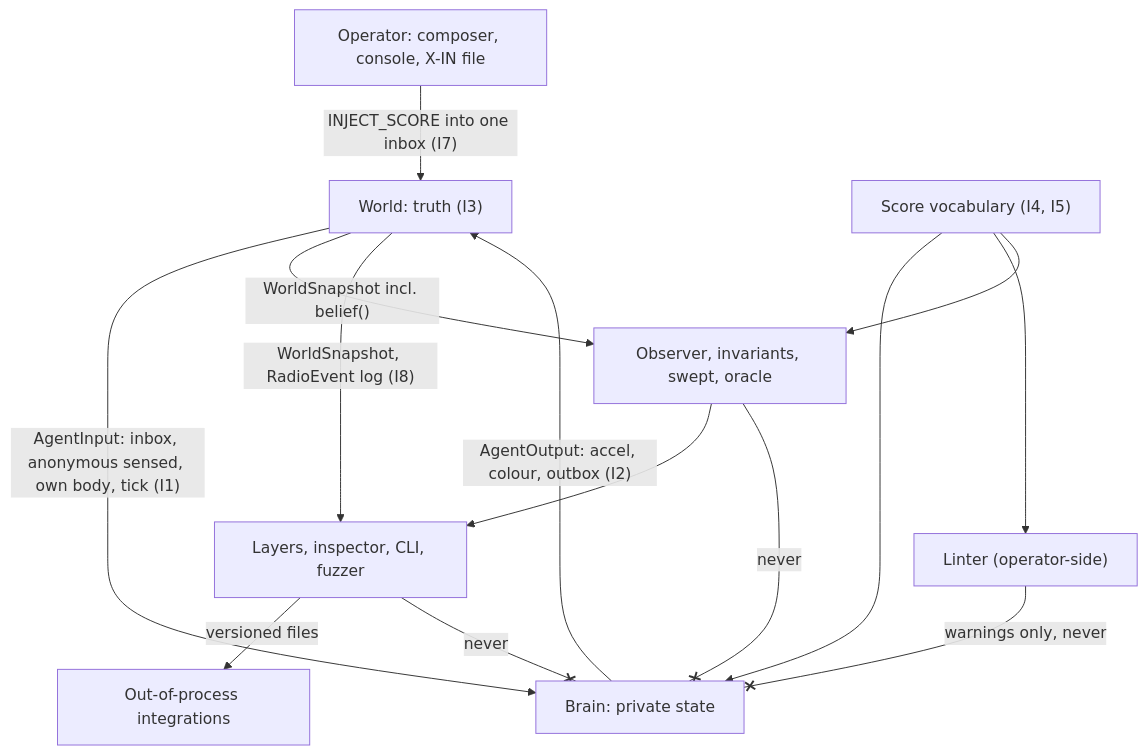
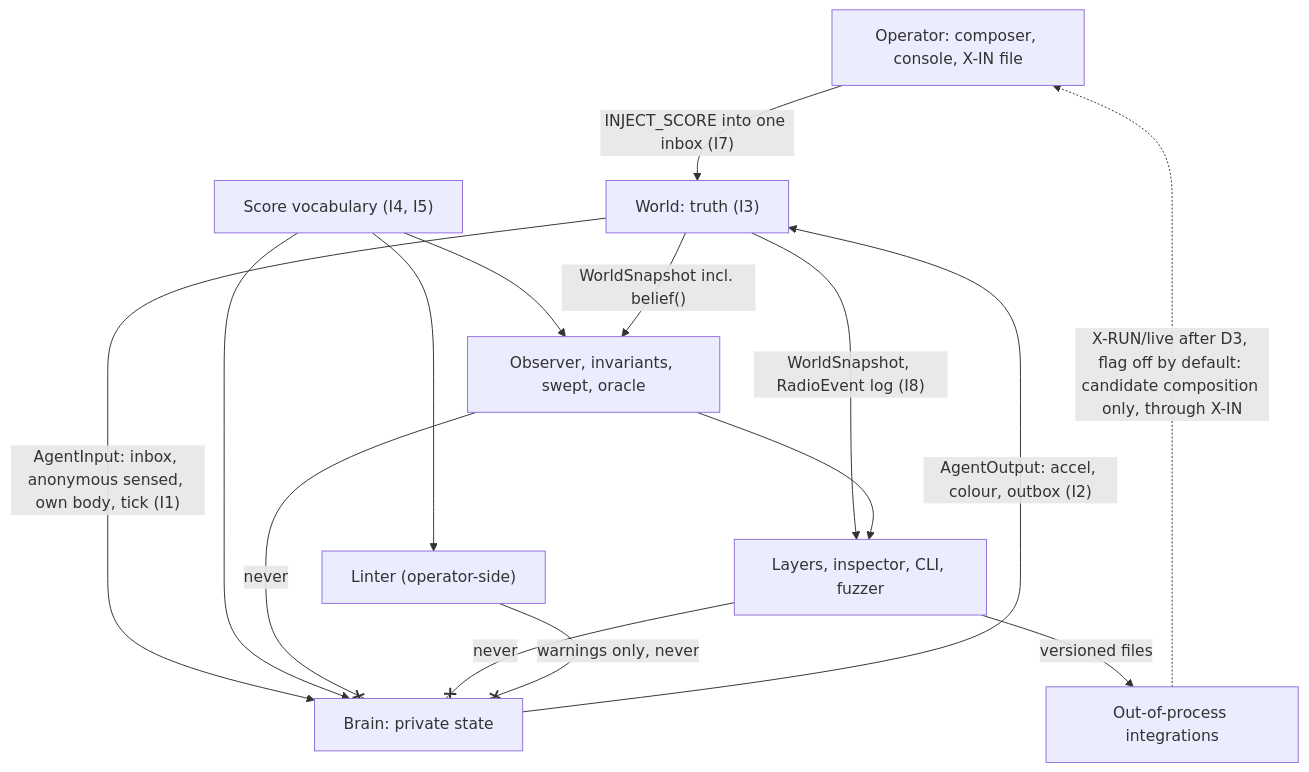
Before and after one commit to durhacko/Pihh: the second of 2 diagrams in docs/design/PHASE2_ARCHITECTURE.md, drawn with Mermaid. The commit also changed other lines of this file and 8 other files, not shown here.

````diff
--- a/docs/design/PHASE2_ARCHITECTURE.md
+++ b/docs/design/PHASE2_ARCHITECTURE.md
@@ -309,16 +308,17 @@
 ```mermaid
 flowchart TB
   OPR["Operator: composer, console, X-IN file"] -- "INJECT_SCORE into one inbox (I7)" --> W
   W["World: truth (I3)"] -- "AgentInput: inbox, anonymous sensed, own body, tick (I1)" --> B["Brain: private state"]
   B -- "AgentOutput: accel, colour, outbox (I2)" --> W
   SC["Score vocabulary (I4, I5)"] --> B
   SC --> LNT["Linter (operator-side)"]
   SC --> OBS
   W -- "WorldSnapshot incl. belief()" --> OBS["Observer, invariants, swept, oracle"]
   W -- "WorldSnapshot, RadioEvent log (I8)" --> VIS["Layers, inspector, CLI, fuzzer"]
   OBS --> VIS
   VIS -- "versioned files" --> EXT["Out-of-process integrations"]
+  EXT -. "X-RUN/live after D3, flag off by default: candidate composition only, through X-IN" .-> OPR
   OBS -- "never" --x B
   VIS -- "never" --x B
   LNT -- "warnings only, never" --x B
 ```
````
